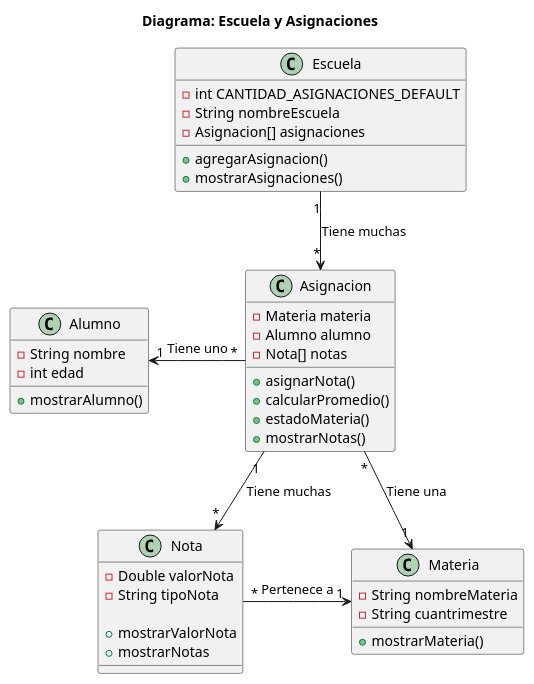
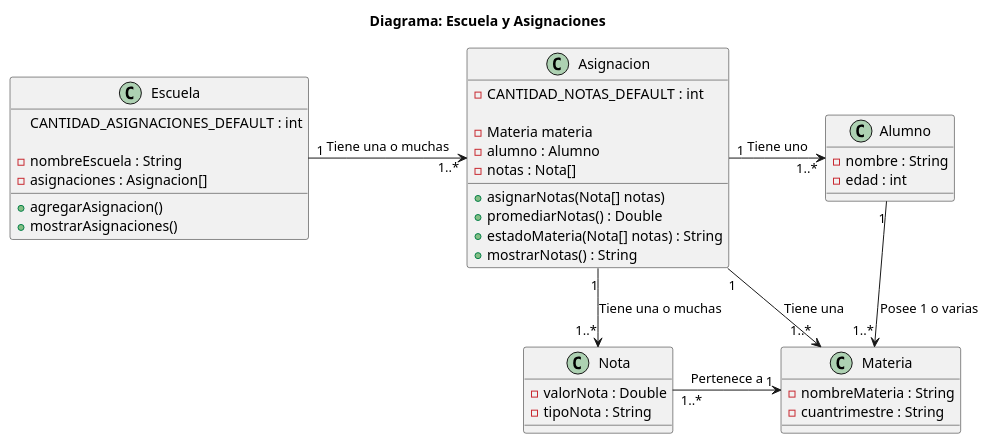
The diagram in bin/doc/diagrama-escuela.puml (gioruanova/dv-poo-20231c-escuela-ruanova-jorge), drawn with PlantUML before and after one commit. The commit also changed 11 other files, not shown here.

```diff
--- a/bin/doc/diagrama-escuela.puml
+++ b/bin/doc/diagrama-escuela.puml
@@ -1,60 +1,58 @@
 @startuml
 
 Title Diagrama: Escuela y Asignaciones
 
 class Escuela{
-	 -int CANTIDAD_ASIGNACIONES_DEFAULT
-	 -String nombreEscuela
-	 -Asignacion[] asignaciones
+	 CANTIDAD_ASIGNACIONES_DEFAULT : int
+	 
+	 -nombreEscuela : String
+	 -asignaciones : Asignacion[]
 	 	 
 	 +agregarAsignacion()
 	 +mostrarAsignaciones()
 }
 
 
 class Asignacion{
+	 -CANTIDAD_NOTAS_DEFAULT : int
+	 
 	 -Materia materia
-	 -Alumno alumno
-	 -Nota[] notas
+	 -alumno : Alumno
+	 -notas : Nota[]
 
-	 +asignarNota()
-	 +calcularPromedio()
-	 +estadoMateria()
-	 +mostrarNotas()
+	 +asignarNotas(Nota[] notas)
+	 +promediarNotas() : Double
+	 +estadoMateria(Nota[] notas) : String
+	 +mostrarNotas() : String
 }
 
 class Nota{
-	-Double valorNota
-	-String tipoNota
-	
-	+mostrarValorNota
-	+mostrarNotas
+	-valorNota : Double 
+	-tipoNota : String
 }
 
 
 class Alumno{
-	-String nombre
-	-int edad
-	
-	+mostrarAlumno()
+	-nombre : String
+	-edad : int
 }
 
 
 class Materia{
-	-String nombreMateria
-	-String cuantrimestre
-	
-	+mostrarMateria()
+	-nombreMateria : String
+	-cuantrimestre : String 
 }
 
 
-Escuela "1" --> "*" Asignacion : Tiene muchas
-Asignacion "*" -right-> "1" Materia : Tiene una
-Asignacion "*" -left-> "1" Alumno : Tiene uno
-Asignacion "1" --> "*" Nota : Tiene muchas
-Nota "*" -right-> "1" Materia : Pertenece a
+Escuela "1" -right-> "1..*" Asignacion : Tiene una o muchas
+Asignacion "1" -right-> "1..*" Alumno : Tiene uno
+Asignacion "1" -down-> "1..*" Materia : Tiene una
+Nota "1..*" -right-> "1" Materia : Pertenece a
+Asignacion "1" --> "1..*" Nota : Tiene una o muchas
+Alumno "1"-->"1..*" Materia  : Posee 1 o varias
+
 
 
 
 
 @enduml
```
